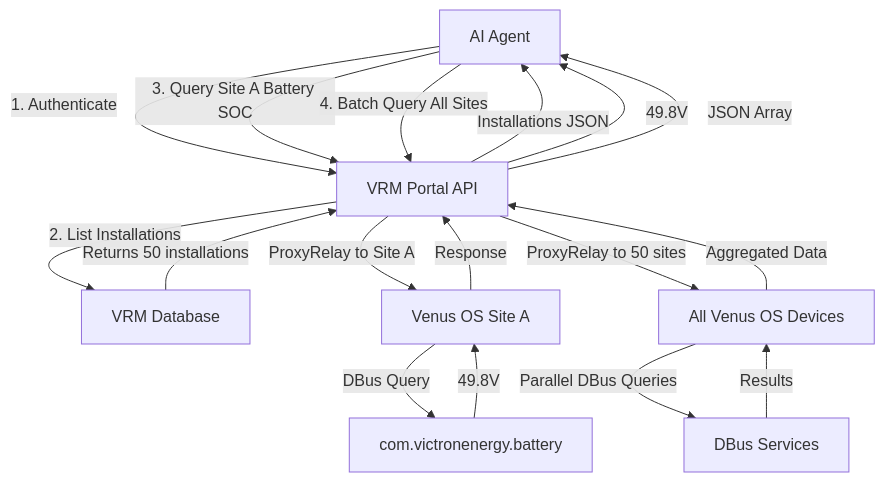
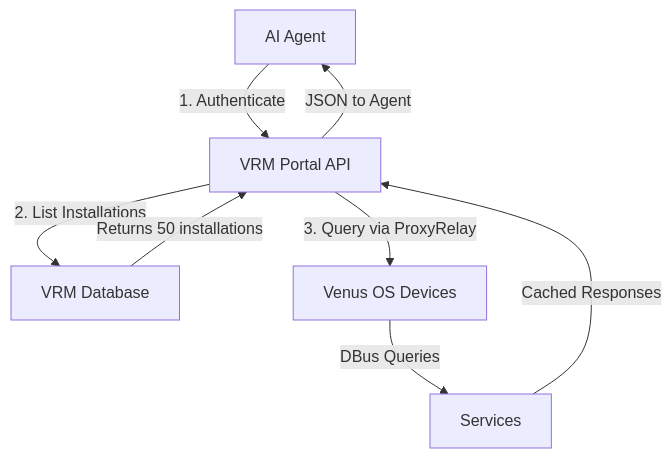
Before and after one commit to EnergyCitizen/ai_victron_dbus_api: the diagram in README.md, drawn with Mermaid. The commit also changed other lines of this file and 1 other file, not shown here.

````diff
--- a/README.md
+++ b/README.md
@@ -355,21 +454,10 @@
 ```mermaid
 graph TD
     A[AI Agent] -->|1. Authenticate| B[VRM Portal API]
     B -->|2. List Installations| C[VRM Database]
     C -->|Returns 50 installations| B
-    B -->|Installations JSON| A
-
-    A -->|3. Query Site A Battery SOC| B
-    B -->|ProxyRelay to Site A| D[Venus OS Site A]
-    D -->|DBus Query| E[com.victronenergy.battery]
-    E -->|49.8V| D
-    D -->|Response| B
-    B -->|49.8V| A
-
-    A -->|4. Batch Query All Sites| B
-    B -->|ProxyRelay to 50 sites| F[All Venus OS Devices]
-    F -->|Parallel DBus Queries| G[DBus Services]
-    G -->|Results| F
-    F -->|Aggregated Data| B
-    B -->|JSON Array| A
+    B -->|3. Query via ProxyRelay| D[Venus OS Devices]
+    D -->|DBus Queries| E[Services]
+    E -->|Cached Responses| B
+    B -->|JSON to Agent| A
 ```
````
